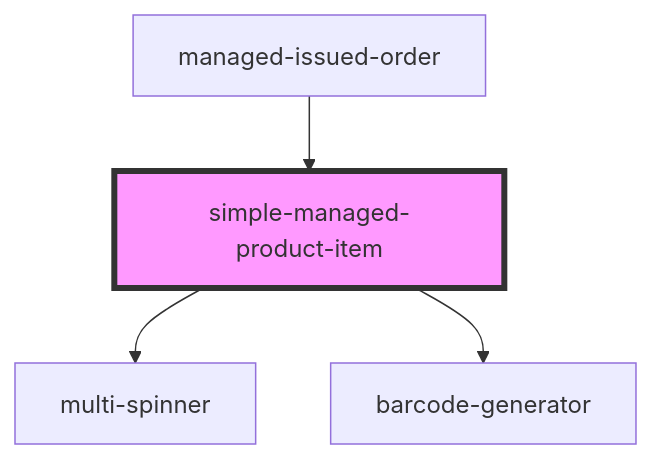
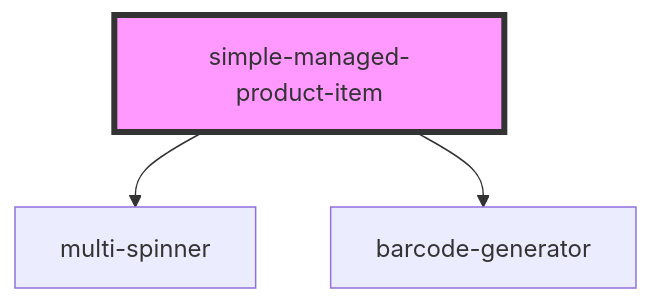
Before and after one commit to PharmaLedger-IMI/fgt-workspace: the diagram in pdm-web-components/src/components/simple-managed-product-item/readme.md, drawn with Mermaid. The commit also changed other lines of this file and 24 other files, not shown here.

````diff
--- a/pdm-web-components/src/components/simple-managed-product-item/readme.md
+++ b/pdm-web-components/src/components/simple-managed-product-item/readme.md
@@ -48,7 +44,6 @@
 ```mermaid
 graph TD;
   simple-managed-product-item --> multi-spinner
   simple-managed-product-item --> barcode-generator
-  managed-issued-order --> simple-managed-product-item
   style simple-managed-product-item fill:#f9f,stroke:#333,stroke-width:4px
 ```
````
